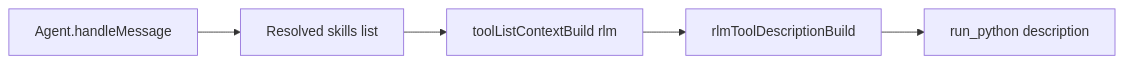
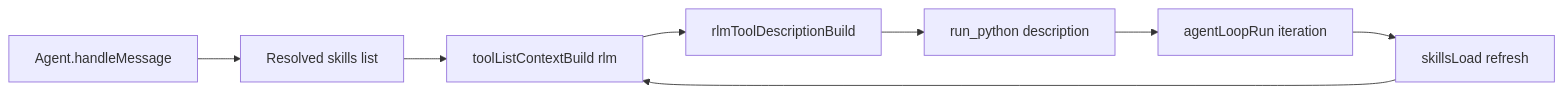
The third of 3 diagrams in doc/internals/skills.md (ex3ndr/daycare), drawn with Mermaid before and after one commit. The commit also changed other lines of this file and 3 other files, not shown here.

Commit message:
fix(skills): refresh catalog before each inference iteration

````diff
--- a/doc/internals/skills.md
+++ b/doc/internals/skills.md
@@ -100,7 +100,10 @@
 ```mermaid
 flowchart LR
   Agent[Agent.handleMessage] --> Skills[Resolved skills list]
   Skills --> ToolList[toolListContextBuild rlm]
   ToolList --> Desc[rlmToolDescriptionBuild]
   Desc --> Python[run_python description]
+  Python --> Loop[agentLoopRun iteration]
+  Loop --> Reload[skillsLoad refresh]
+  Reload --> ToolList
 ```
````
